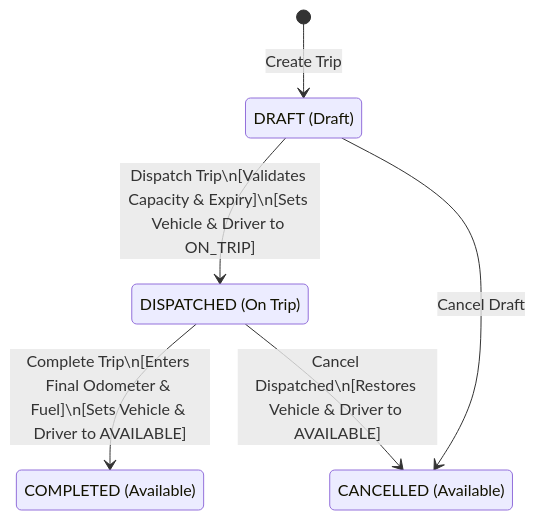
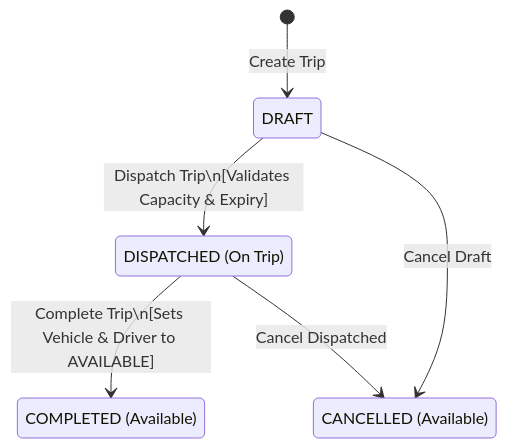
Before and after one commit to pravinx07/TransitOps: the first of 2 diagrams in README.md, drawn with Mermaid. The commit also changed other lines of this file and 4 other files, not shown here.

````diff
--- a/README.md
+++ b/README.md
@@ -316,15 +107,15 @@
 ```mermaid
 stateDiagram-v2
     [*] --> DRAFT : Create Trip
     
-    state "DRAFT (Draft)" as DRAFT
+    state "DRAFT" as DRAFT
     state "DISPATCHED (On Trip)" as DISPATCHED
     state "COMPLETED (Available)" as COMPLETED
     state "CANCELLED (Available)" as CANCELLED
 
-    DRAFT --> DISPATCHED : Dispatch Trip\n[Validates Capacity & Expiry]\n[Sets Vehicle & Driver to ON_TRIP]
+    DRAFT --> DISPATCHED : Dispatch Trip\n[Validates Capacity & Expiry]
     DRAFT --> CANCELLED : Cancel Draft
     
-    DISPATCHED --> COMPLETED : Complete Trip\n[Enters Final Odometer & Fuel]\n[Sets Vehicle & Driver to AVAILABLE]
-    DISPATCHED --> CANCELLED : Cancel Dispatched\n[Restores Vehicle & Driver to AVAILABLE]
+    DISPATCHED --> COMPLETED : Complete Trip\n[Sets Vehicle & Driver to AVAILABLE]
+    DISPATCHED --> CANCELLED : Cancel Dispatched
 ```
````
